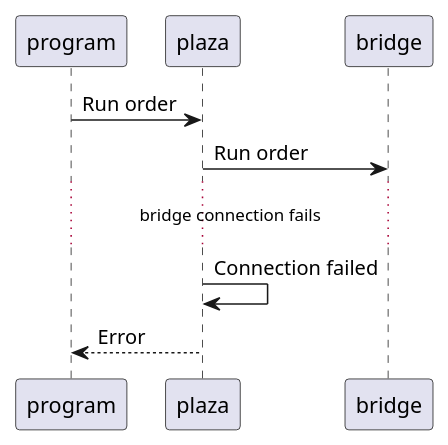
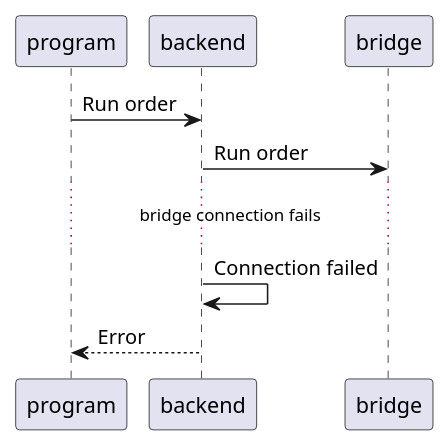
Before and after one commit to programaker-project/Programaker-Core: the fifth of 7 diagrams in docs/communications/sequence/bridges.puml, drawn with PlantUML. The commit also changed other lines of this file and 42 other files, not shown here.

```diff
--- a/docs/communications/sequence/bridges.puml
+++ b/docs/communications/sequence/bridges.puml
@@ -56,11 +56,11 @@
 @startuml disconnection-to-bridge.png
 participant program
-participant plaza
+participant backend
 participant bridge
 
-program -> plaza: Run order
-plaza -> bridge: Run order
+program -> backend: Run order
+backend -> bridge: Run order
 ... bridge connection fails ...
-plaza -> plaza: Connection failed
-program <-- plaza: Error
+backend -> backend: Connection failed
+program <-- backend: Error
 @enduml
```
